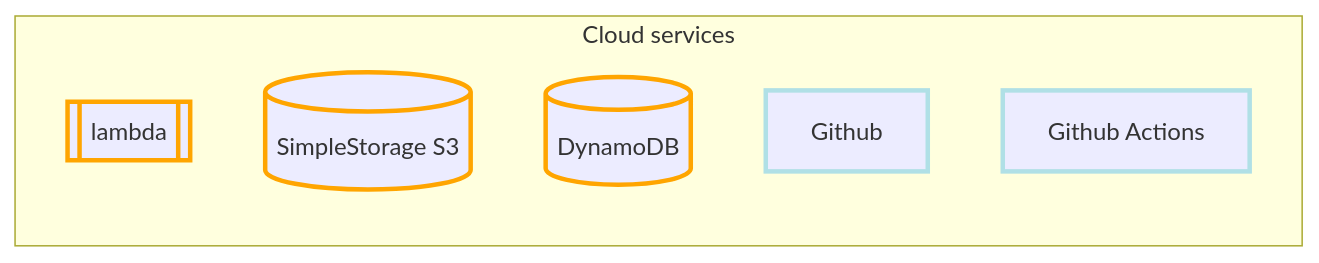
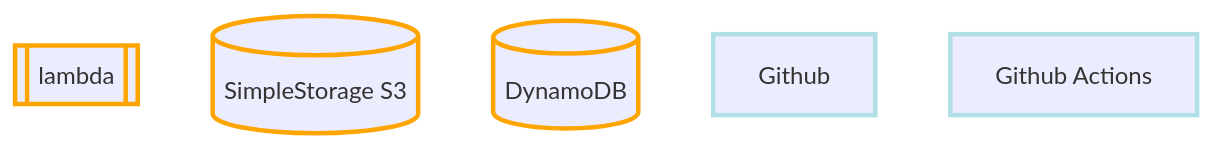
The first of 3 diagrams in docs/architecture/common_infrastructure.md (GNS-Science/nzshm-documentation), drawn with Mermaid before and after one commit. The commit also changed other lines of this file and 9 other files, not shown here.

````diff
--- a/docs/architecture/common_infrastructure.md
+++ b/docs/architecture/common_infrastructure.md
@@ -8,14 +8,13 @@
 ```mermaid
-graph LR
+graph
     classDef nshm stroke:lightgreen, stroke-width:3px
     classDef AWS stroke:orange, stroke-width:3px
     classDef SVC stroke:powderblue, stroke-width:3px    
-    subgraph C[Cloud services]
-        l[[lambda]]:::AWS
-        S3[( SimpleStorage S3 )]:::AWS
-        D[(DynamoDB)]:::AWS
-        %%ES[[ElasticSearch]]:::AWS
-        GH[Github]:::SVC
-        GHA[Github Actions]:::SVC
-    end
+
+    l[[lambda]]:::AWS
+    S3[( SimpleStorage S3 )]:::AWS
+    D[(DynamoDB)]:::AWS
+    %%ES[[ElasticSearch]]:::AWS
+    GH[Github]:::SVC
+    GHA[Github Actions]:::SVC
 ```
````
